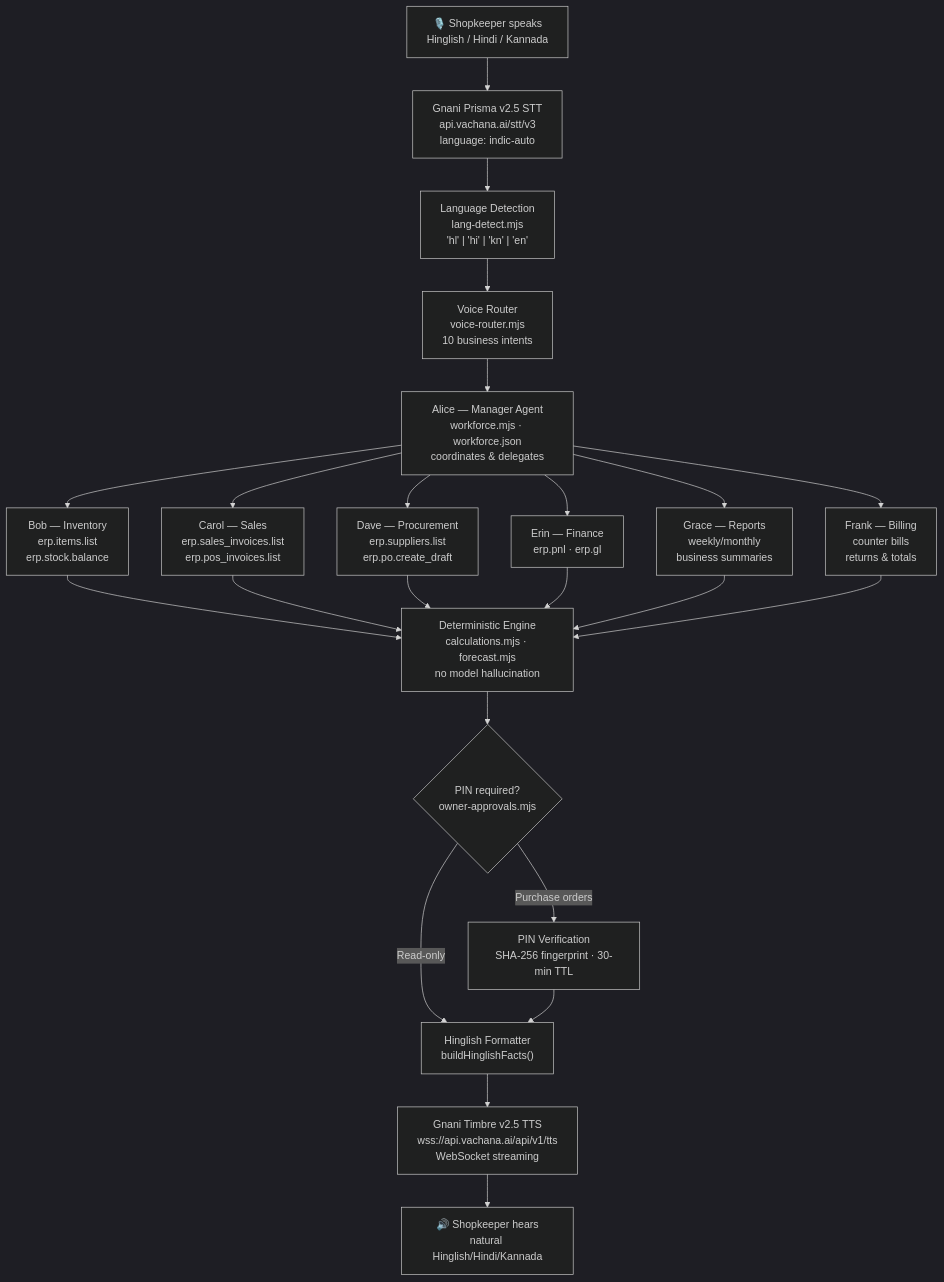
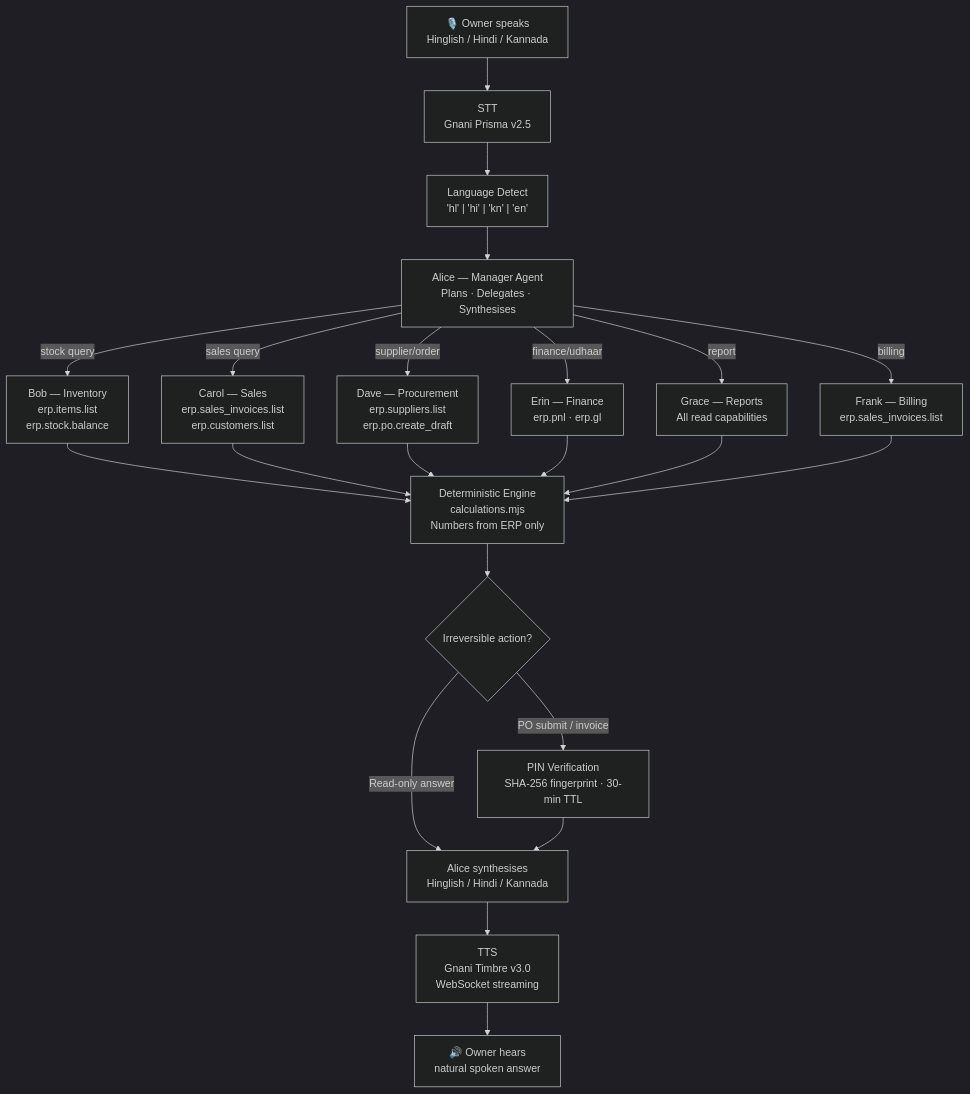
Before and after one commit to rajatnagda45/Kirana-Crew: the diagram in README.md, drawn with Mermaid (dark theme). The commit also changed other lines of this file and 1 other file, not shown here.

Commit message:
docs: rewrite README for AgentX PS-07; remove Gnani pitch PDF, add agent workflow docs and new pitch deck link

````diff
--- a/README.md
+++ b/README.md
@@ -295,25 +269,28 @@
 ```mermaid
 flowchart TD
-    A["🎙️ Shopkeeper speaks\nHinglish / Hindi / Kannada"] --> B["Gnani Prisma v2.5 STT\napi.vachana.ai/stt/v3\nlanguage: indic-auto"]
-    B --> C["Language Detection\nlang-detect.mjs\n'hl' | 'hi' | 'kn' | 'en'"]
-    C --> D["Voice Router\nvoice-router.mjs\n10 business intents"]
-    D --> E["Alice — Manager Agent\nworkforce.mjs · workforce.json\ncoordinates & delegates"]
-    E --> F1["Bob — Inventory\nerp.items.list\nerp.stock.balance"]
-    E --> F2["Carol — Sales\nerp.sales_invoices.list\nerp.pos_invoices.list"]
-    E --> F3["Dave — Procurement\nerp.suppliers.list\nerp.po.create_draft"]
-    E --> F4["Erin — Finance\nerp.pnl · erp.gl"]
-    E --> F5["Grace — Reports\nweekly/monthly\nbusiness summaries"]
-    E --> F6["Frank — Billing\ncounter bills\nreturns & totals"]
-    F1 --> G["Deterministic Engine\ncalculations.mjs · forecast.mjs\nno model hallucination"]
-    F2 --> G
-    F3 --> G
-    F4 --> G
-    F5 --> G
-    F6 --> G
-    G --> H{"PIN required?\nowner-approvals.mjs"}
-    H -->|"Purchase orders"| I["PIN Verification\nSHA-256 fingerprint · 30-min TTL"]
-    H -->|"Read-only"| J["Hinglish Formatter\nbuildHinglishFacts()"]
-    I --> J
-    J --> K["Gnani Timbre v2.5 TTS\nwss://api.vachana.ai/api/v1/tts\nWebSocket streaming"]
-    K --> L["🔊 Shopkeeper hears\nnatural Hinglish/Hindi/Kannada"]
+    A["🎙️ Owner speaks\nHinglish / Hindi / Kannada"] --> B["STT\nGnani Prisma v2.5"]
+    B --> C["Language Detect\n'hl' | 'hi' | 'kn' | 'en'"]
+    C --> D["Alice — Manager Agent\nPlans · Delegates · Synthesises"]
+
+    D -->|stock query| E1["Bob — Inventory\nerp.items.list\nerp.stock.balance"]
+    D -->|sales query| E2["Carol — Sales\nerp.sales_invoices.list\nerp.customers.list"]
+    D -->|supplier/order| E3["Dave — Procurement\nerp.suppliers.list\nerp.po.create_draft"]
+    D -->|finance/udhaar| E4["Erin — Finance\nerp.pnl · erp.gl"]
+    D -->|report| E5["Grace — Reports\nAll read capabilities"]
+    D -->|billing| E6["Frank — Billing\nerp.sales_invoices.list"]
+
+    E1 --> F["Deterministic Engine\ncalculations.mjs\nNumbers from ERP only"]
+    E2 --> F
+    E3 --> F
+    E4 --> F
+    E5 --> F
+    E6 --> F
+
+    F --> G{"Irreversible action?"}
+    G -->|"PO submit / invoice"| H["PIN Verification\nSHA-256 fingerprint · 30-min TTL"]
+    G -->|"Read-only answer"| I["Alice synthesises\nHinglish / Hindi / Kannada"]
+    H --> I
+
+    I --> J["TTS\nGnani Timbre v3.0\nWebSocket streaming"]
+    J --> K["🔊 Owner hears\nnatural spoken answer"]
 ```
````
